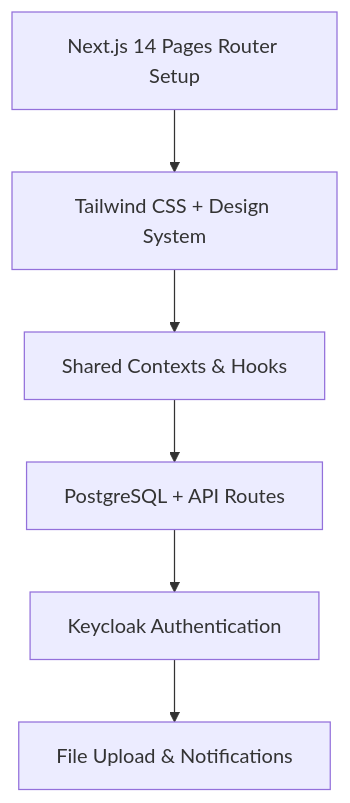
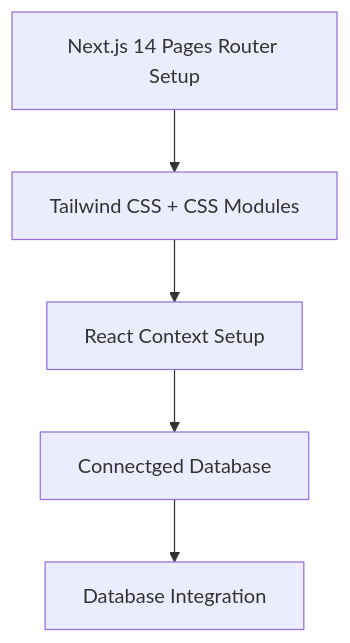
The first of 2 diagrams in docs/frontend-first-roadmap.md (betiel-woldai/lernplan_new), drawn with Mermaid before and after one commit. The commit also changed other lines of this file and 11 other files, not shown here.

````diff
--- a/docs/frontend-first-roadmap.md
+++ b/docs/frontend-first-roadmap.md
@@ -17,8 +17,9 @@
 ```mermaid
 graph TD
-    A[Next.js 14 Pages Router Setup] --> B[Tailwind CSS + Design System]
-    B --> C[Shared Contexts & Hooks]
-    C --> D[PostgreSQL + API Routes]
-    D --> E[Keycloak Authentication]
-    E --> F[File Upload & Notifications]
+    A[Next.js 14 Pages Router Setup] --> B[Tailwind CSS + CSS Modules]
+    B --> C[React Context Setup]
+    C --> D[Connectged Database]
+    D --> E[Database Integration]
+
+  
 ```
````
